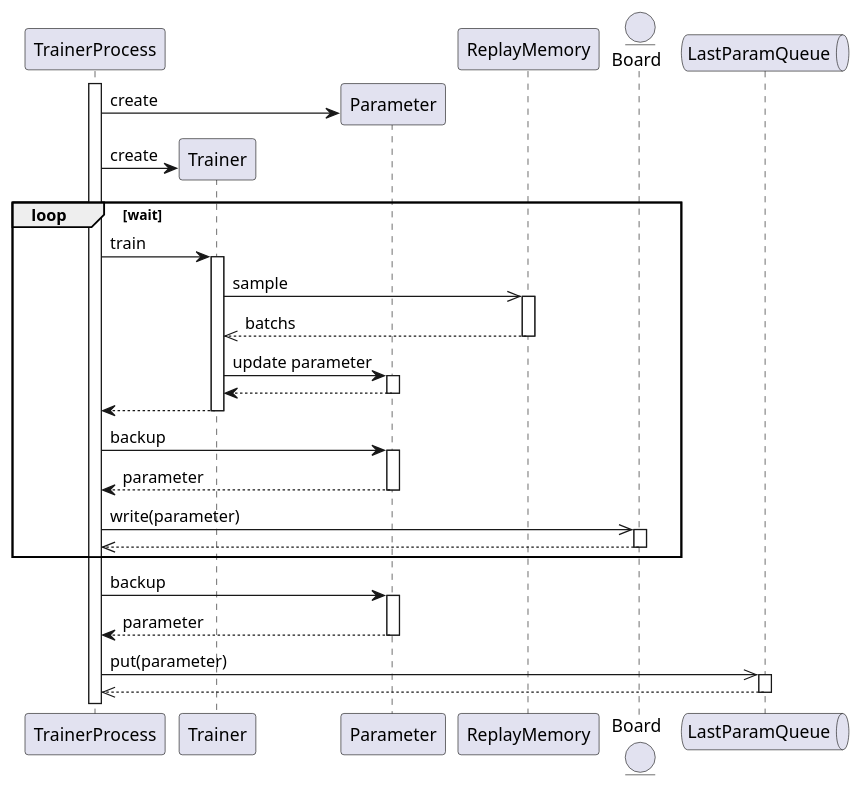
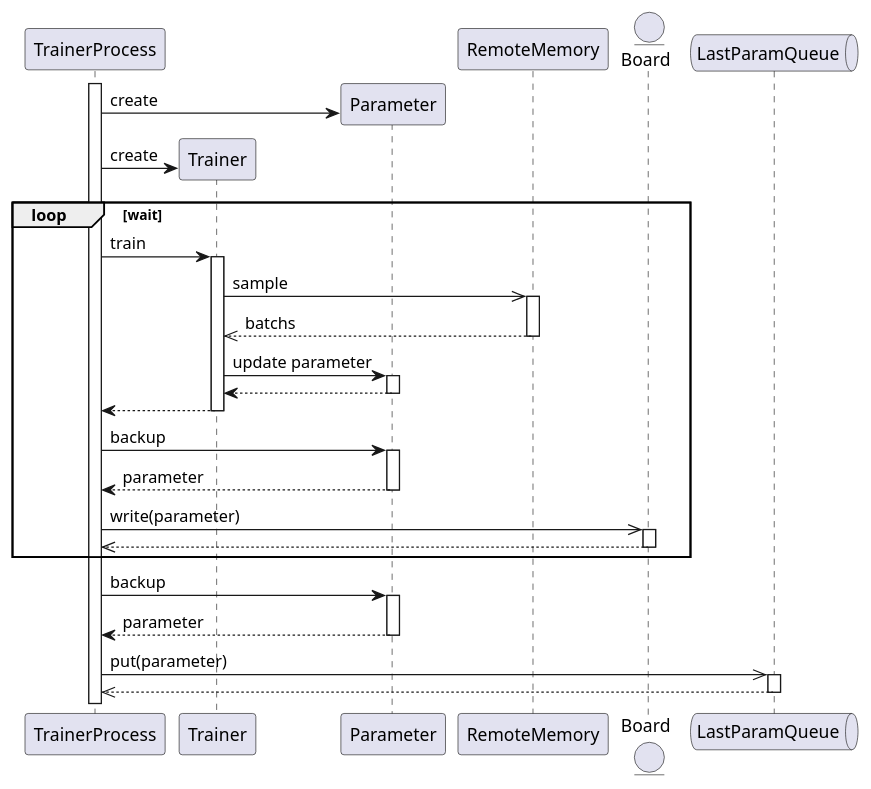
Before and after one commit to pocokhc/simple_distributed_rl: the diagram in diagrams/runner_mp_flow_trainer.pu, drawn with PlantUML. The commit also changed 7 other files, not shown here.

```diff
--- a/diagrams/runner_mp_flow_trainer.pu
+++ b/diagrams/runner_mp_flow_trainer.pu
@@ -1,37 +1,37 @@
 @startuml
 autoactivate on
 
 participant TrainerProcess
 participant Trainer
 participant Parameter
-participant ReplayMemory
+participant RemoteMemory
 entity Board
 queue LastParamQueue
 
 
 activate TrainerProcess
 TrainerProcess -> Parameter ** : create
 TrainerProcess -> Trainer ** : create
 loop wait
 
     TrainerProcess -> Trainer: train
-        Trainer ->> ReplayMemory: sample
+        Trainer ->> RemoteMemory: sample
         return batchs
 
         Trainer -> Parameter: update parameter
         return
     return
 
     TrainerProcess -> Parameter: backup
     return parameter
     TrainerProcess ->> Board: write(parameter)
     return
 
 end
 
 TrainerProcess -> Parameter: backup
 return parameter
 TrainerProcess ->> LastParamQueue: put(parameter)
 return
 
 @enduml
```
